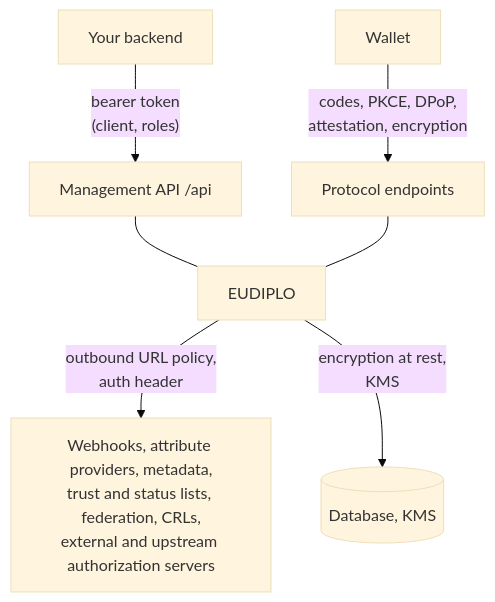
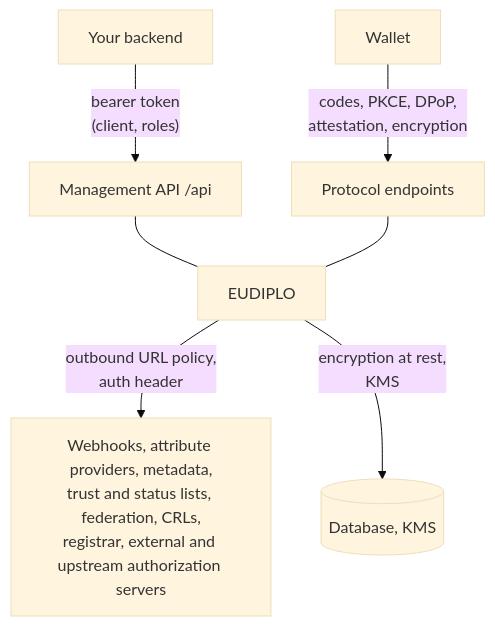
One commit to openwallet-foundation-labs/eudiplo changed the diagram in apps/docs/docs/concepts/security-model.md. Above: the diagram before and after it, drawn with Mermaid (base theme). The commit also changed other lines of this file and 50 other files, not shown here.

First line of the commit message:
fix(registrar)!: apply the outbound URL policy to registrar requests (#1229)

````diff
--- a/apps/docs/docs/concepts/security-model.md
+++ b/apps/docs/docs/concepts/security-model.md
@@ -12,9 +12,9 @@
 ```mermaid
 flowchart TB
     BE[Your backend] -->|"bearer token<br/>(client, roles)"| API["Management API /api"]
     W[Wallet] -->|"codes, PKCE, DPoP,<br/>attestation, encryption"| P[Protocol endpoints]
-    E[EUDIPLO] -->|"outbound URL policy,<br/>auth header"| X["Webhooks, attribute providers, metadata,<br/>trust and status lists, federation, CRLs,<br/>external and upstream authorization servers"]
+    E[EUDIPLO] -->|"outbound URL policy,<br/>auth header"| X["Webhooks, attribute providers, metadata,<br/>trust and status lists, federation, CRLs,<br/>registrar, external and upstream authorization servers"]
     E -->|"encryption at rest,<br/>KMS"| S[(Database, KMS)]
     API --- E
     P --- E
 ```
````
